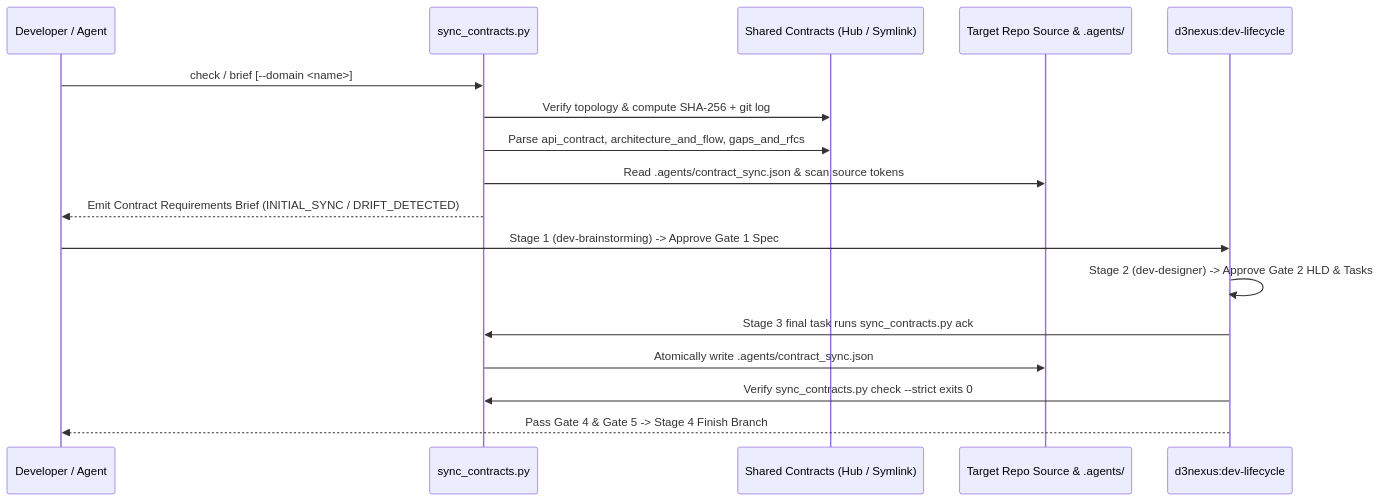
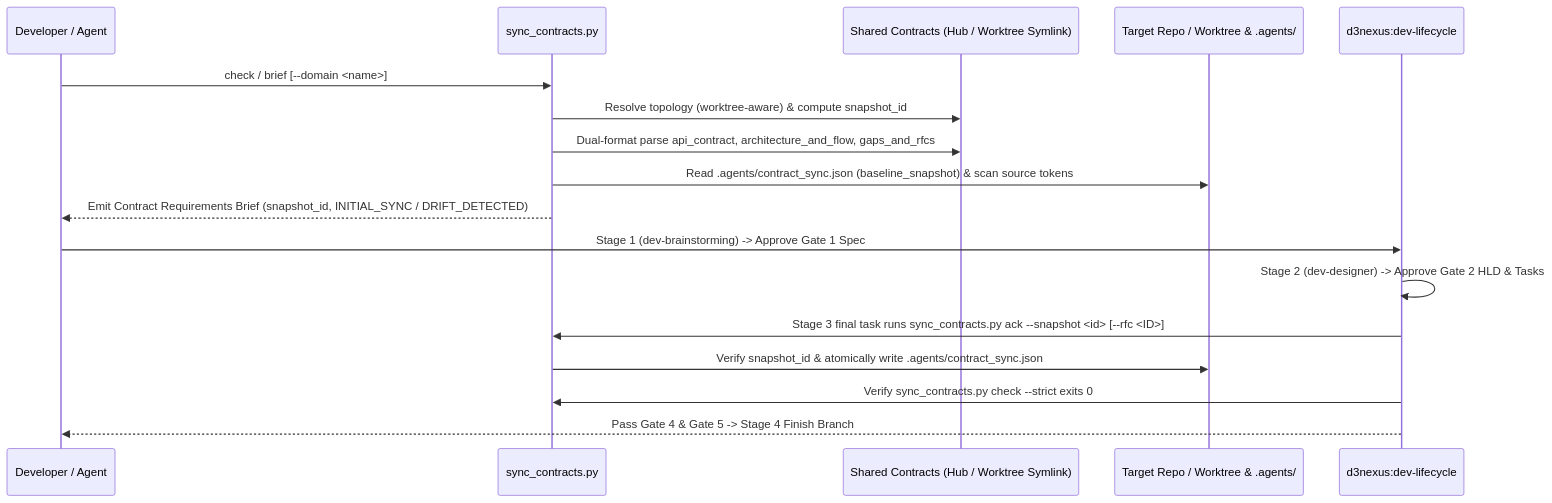
The third of 3 diagrams in .devtool/epic/sync_shared_contracts/sync_shared_contracts.en.md (DanhDue/ai-agent-tools), drawn with Mermaid before and after one commit. The commit also changed other lines of this file and 13 other files, not shown here.

First line of the commit message:
[SYNC_SHARED_CONTRACTS] Revise epic after Principal Review round 1

````diff
--- a/.devtool/epic/sync_shared_contracts/sync_shared_contracts.en.md
+++ b/.devtool/epic/sync_shared_contracts/sync_shared_contracts.en.md
@@ -108,20 +111,20 @@
 ```mermaid
 sequenceDiagram
     participant Dev as Developer / Agent
     participant CLI as sync_contracts.py
-    participant Hub as Shared Contracts (Hub / Symlink)
-    participant Code as Target Repo Source & .agents/
+    participant Hub as Shared Contracts (Hub / Worktree Symlink)
+    participant Code as Target Repo / Worktree & .agents/
     participant Life as d3nexus:dev-lifecycle
 
     Dev->>CLI: check / brief [--domain <name>]
-    CLI->>Hub: Verify topology & compute SHA-256 + git log
-    CLI->>Hub: Parse api_contract, architecture_and_flow, gaps_and_rfcs
-    CLI->>Code: Read .agents/contract_sync.json & scan source tokens
-    CLI-->>Dev: Emit Contract Requirements Brief (INITIAL_SYNC / DRIFT_DETECTED)
+    CLI->>Hub: Resolve topology (worktree-aware) & compute snapshot_id
+    CLI->>Hub: Dual-format parse api_contract, architecture_and_flow, gaps_and_rfcs
+    CLI->>Code: Read .agents/contract_sync.json (baseline_snapshot) & scan source tokens
+    CLI-->>Dev: Emit Contract Requirements Brief (snapshot_id, INITIAL_SYNC / DRIFT_DETECTED)
     Dev->>Life: Stage 1 (dev-brainstorming) -> Approve Gate 1 Spec
     Life->>Life: Stage 2 (dev-designer) -> Approve Gate 2 HLD & Tasks
-    Life->>CLI: Stage 3 final task runs sync_contracts.py ack
-    CLI->>Code: Atomically write .agents/contract_sync.json
+    Life->>CLI: Stage 3 final task runs sync_contracts.py ack --snapshot <id> [--rfc <ID>]
+    CLI->>Code: Verify snapshot_id & atomically write .agents/contract_sync.json
     Life->>CLI: Verify sync_contracts.py check --strict exits 0
     Life-->>Dev: Pass Gate 4 & Gate 5 -> Stage 4 Finish Branch
 ```
````
